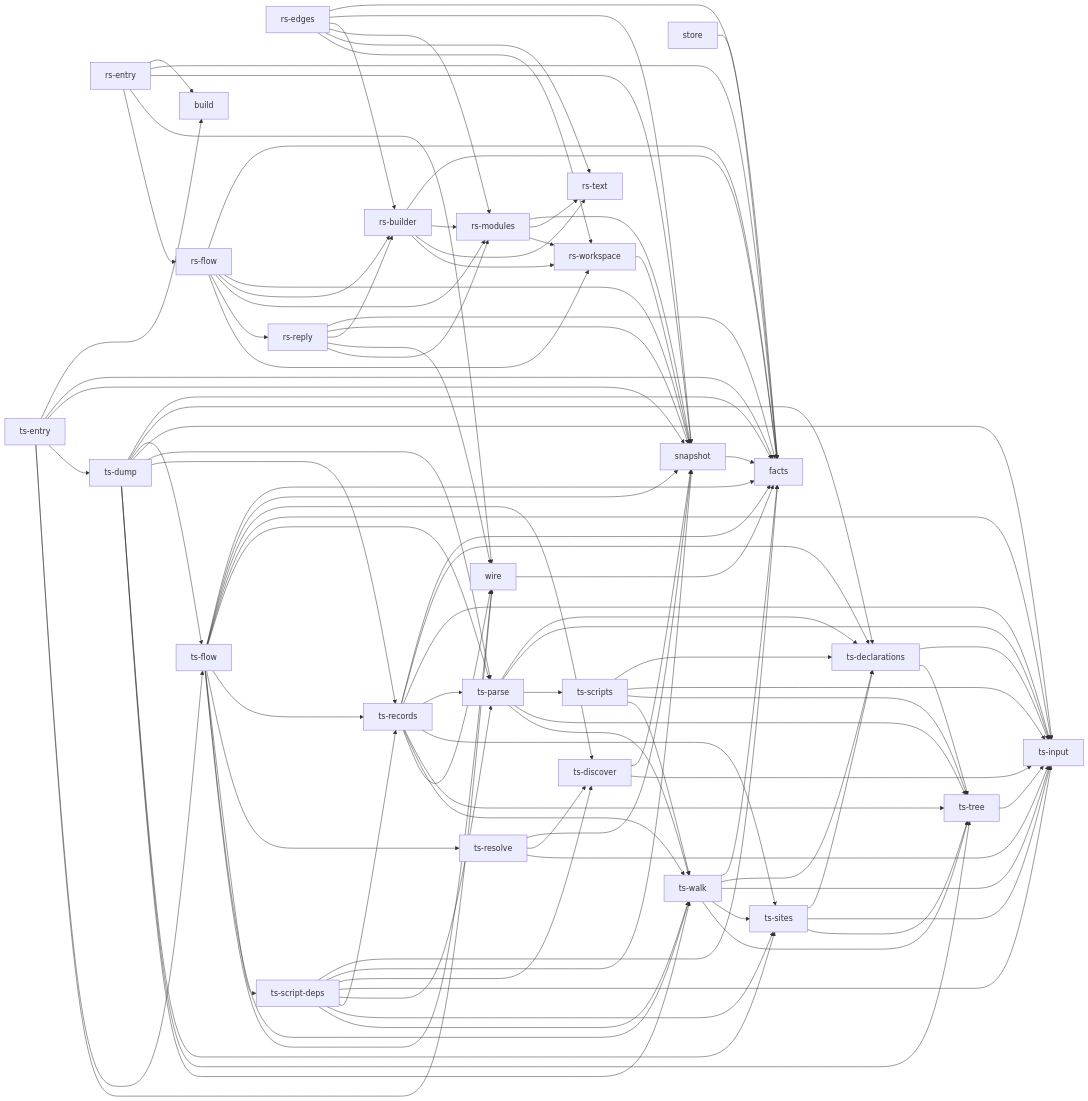
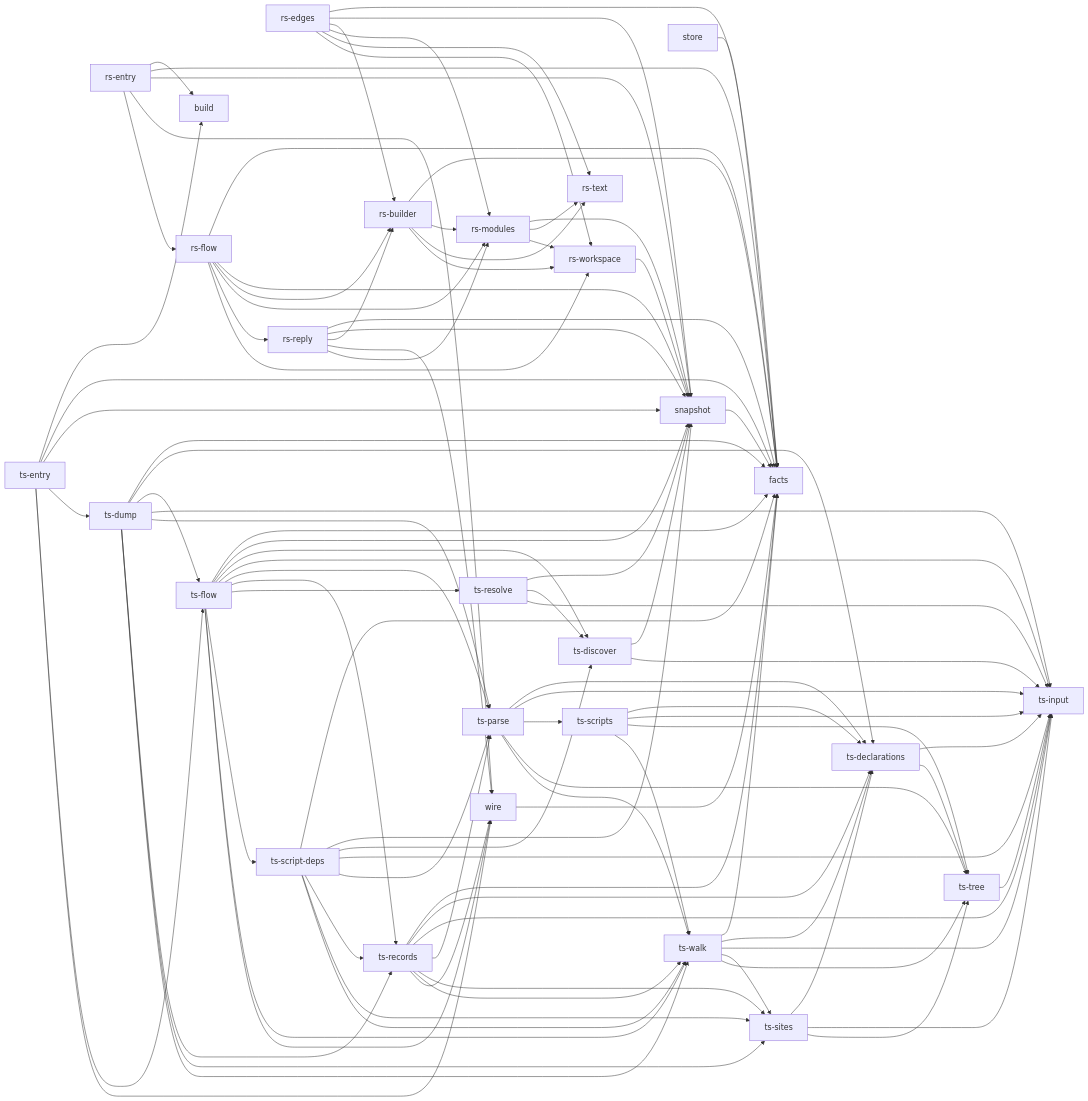
The diagram in docs/architecture/native.md (rapiddweller/archkeel), drawn with Mermaid before and after one commit. The commit also changed 36 other files, not shown here.

```diff
--- a/docs/architecture/native.md
+++ b/docs/architecture/native.md
@@ -70,7 +70,6 @@
     n_14 --> n_18
     n_14 --> n_19
     n_14 --> n_23
-    n_14 --> n_24
     n_14 --> n_25
     n_15 --> n_0
     n_15 --> n_1
@@ -98,7 +97,6 @@
     n_19 --> n_17
     n_19 --> n_18
     n_19 --> n_23
-    n_19 --> n_24
     n_19 --> n_25
     n_19 --> n_26
     n_2 --> n_1
```
